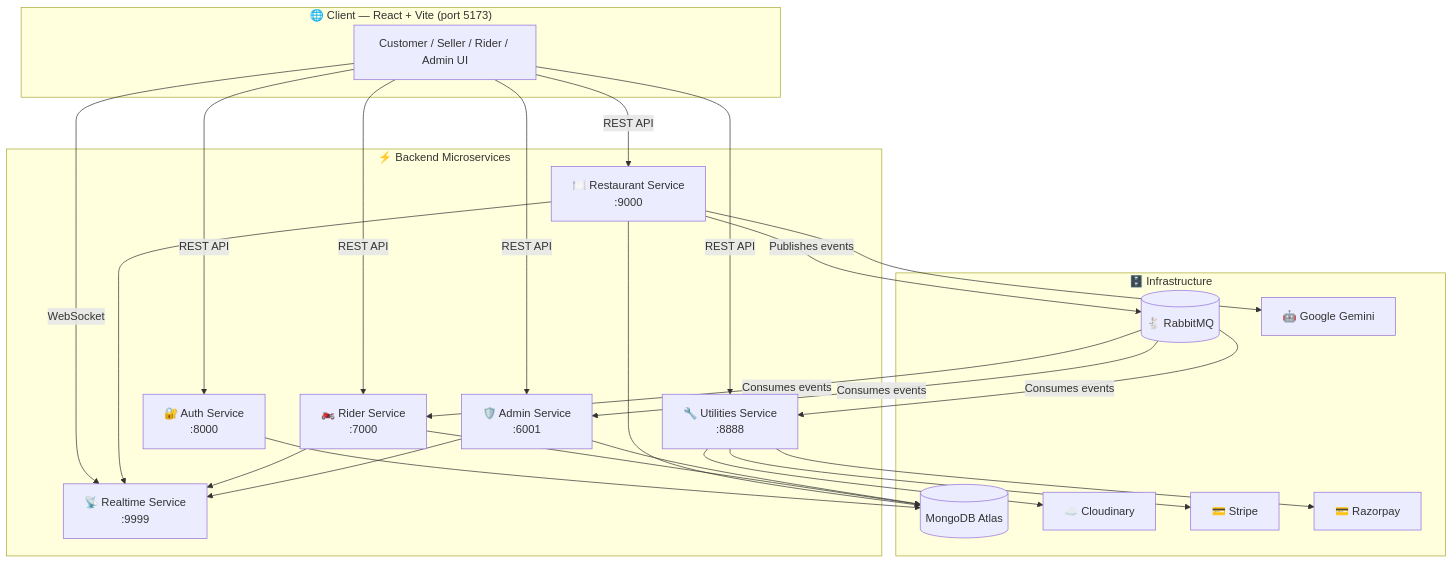
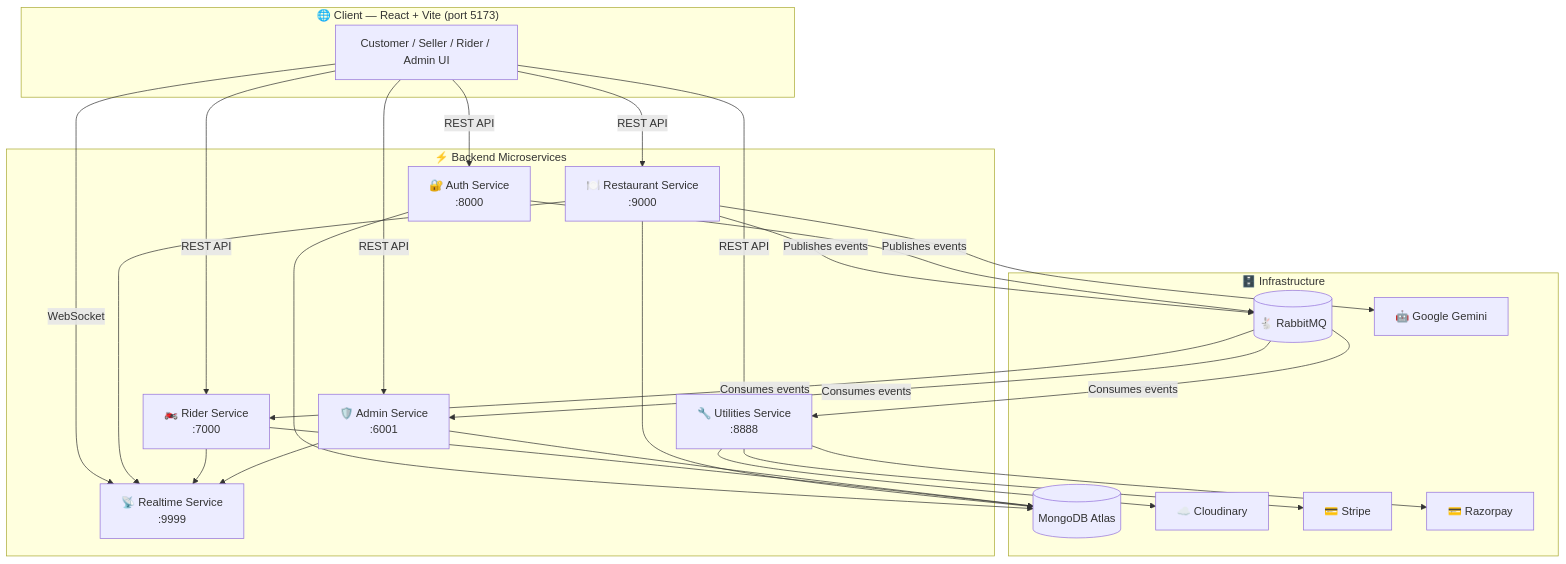
Before and after one commit to samratmallick-dev/kravix-food-delivery-application: the second of 2 diagrams in README.md, drawn with Mermaid. The commit also changed other lines of this file and 9 other files, not shown here.

Commit message:
feat: implement Auth service with RabbitMQ event messaging and integrate Socket.io context for real-time user updates

````diff
--- a/README.md
+++ b/README.md
@@ -614,50 +616,51 @@
 ```mermaid
 graph TB
     subgraph Client["🌐 Client — React + Vite (port 5173)"]
         UI[Customer / Seller / Rider / Admin UI]
     end
 
     subgraph Gateway["⚡ Backend Microservices"]
         AUTH["🔐 Auth Service<br/>:8000"]
         REST["🍽️ Restaurant Service<br/>:9000"]
         RIDER["🏍️ Rider Service<br/>:7000"]
         ADMIN["🛡️ Admin Service<br/>:6001"]
         UTIL["🔧 Utilities Service<br/>:8888"]
         RT["📡 Realtime Service<br/>:9999"]
     end
 
     subgraph Infra["🗄️ Infrastructure"]
         MONGO[(MongoDB Atlas)]
         RABBIT[("🐇 RabbitMQ")]
         CLOUD["☁️ Cloudinary"]
         STRIPE["💳 Stripe"]
         RAZORPAY["💳 Razorpay"]
         GEMINI["🤖 Google Gemini"]
     end
 
     UI -- "REST API" --> AUTH
     UI -- "REST API" --> REST
     UI -- "REST API" --> RIDER
     UI -- "REST API" --> ADMIN
     UI -- "REST API" --> UTIL
     UI -- "WebSocket" --> RT
 
     AUTH --> MONGO
     REST --> MONGO
     RIDER --> MONGO
     ADMIN --> MONGO
 
     REST -- "Publishes events" --> RABBIT
+    AUTH -- "Publishes events" --> RABBIT
     RABBIT -- "Consumes events" --> RIDER
     RABBIT -- "Consumes events" --> ADMIN
     RABBIT -- "Consumes events" --> UTIL
 
     REST --> RT
     RIDER --> RT
     ADMIN --> RT
 
     UTIL --> CLOUD
     UTIL --> STRIPE
     UTIL --> RAZORPAY
     REST --> GEMINI
 ```
````
